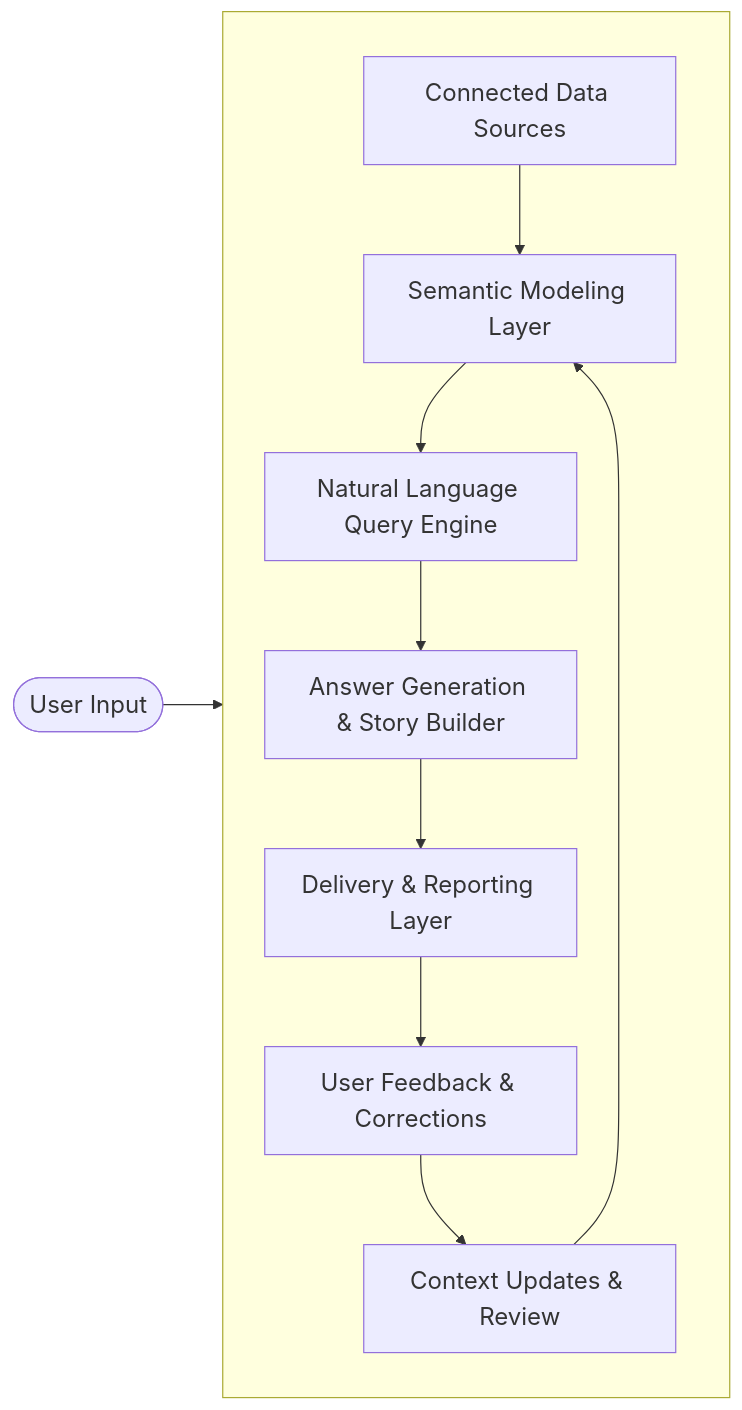
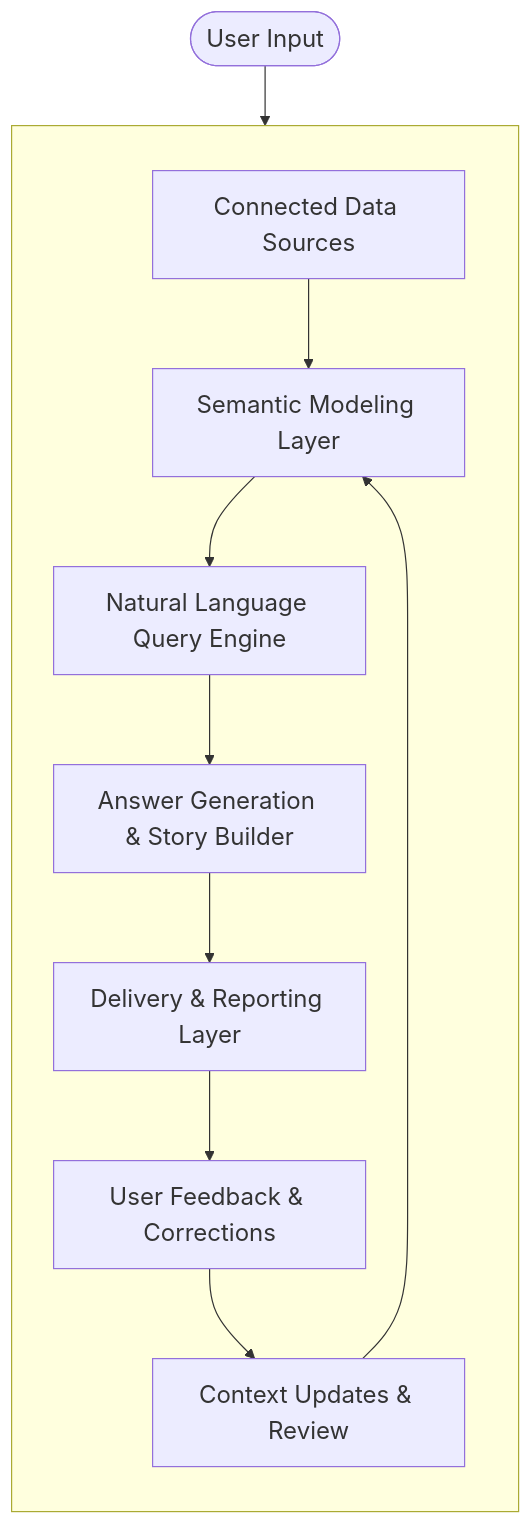
Before and after one commit to soham-wisdom/docs: the diagram in getting-started/how-wisdom-ai-works.mdx, drawn with Mermaid.

Commit message:
Documentation edits made through Mintlify web editor

````diff
--- a/getting-started/how-wisdom-ai-works.mdx
+++ b/getting-started/how-wisdom-ai-works.mdx
@@ -63,16 +63,16 @@
 ```mermaid
 %%{ init: { 'themeVariables': { 'fontSize': '20px' } } }%%
-flowchart LR
+flowchart TD
   subgraph Data_Pipeline [ ]
     direction TB
     A[Connected Data Sources] --> B[Semantic Modeling Layer]
     B --> C[Natural Language Query Engine]
     C --> D[Answer Generation & Story Builder]
     D --> E[Delivery & Reporting Layer]
     E --> F[User Feedback & Corrections]
     F --> G[Context Updates & Review]
     G --> B
   end
 
   UserInput([User Input]) --> A
 ```
````
